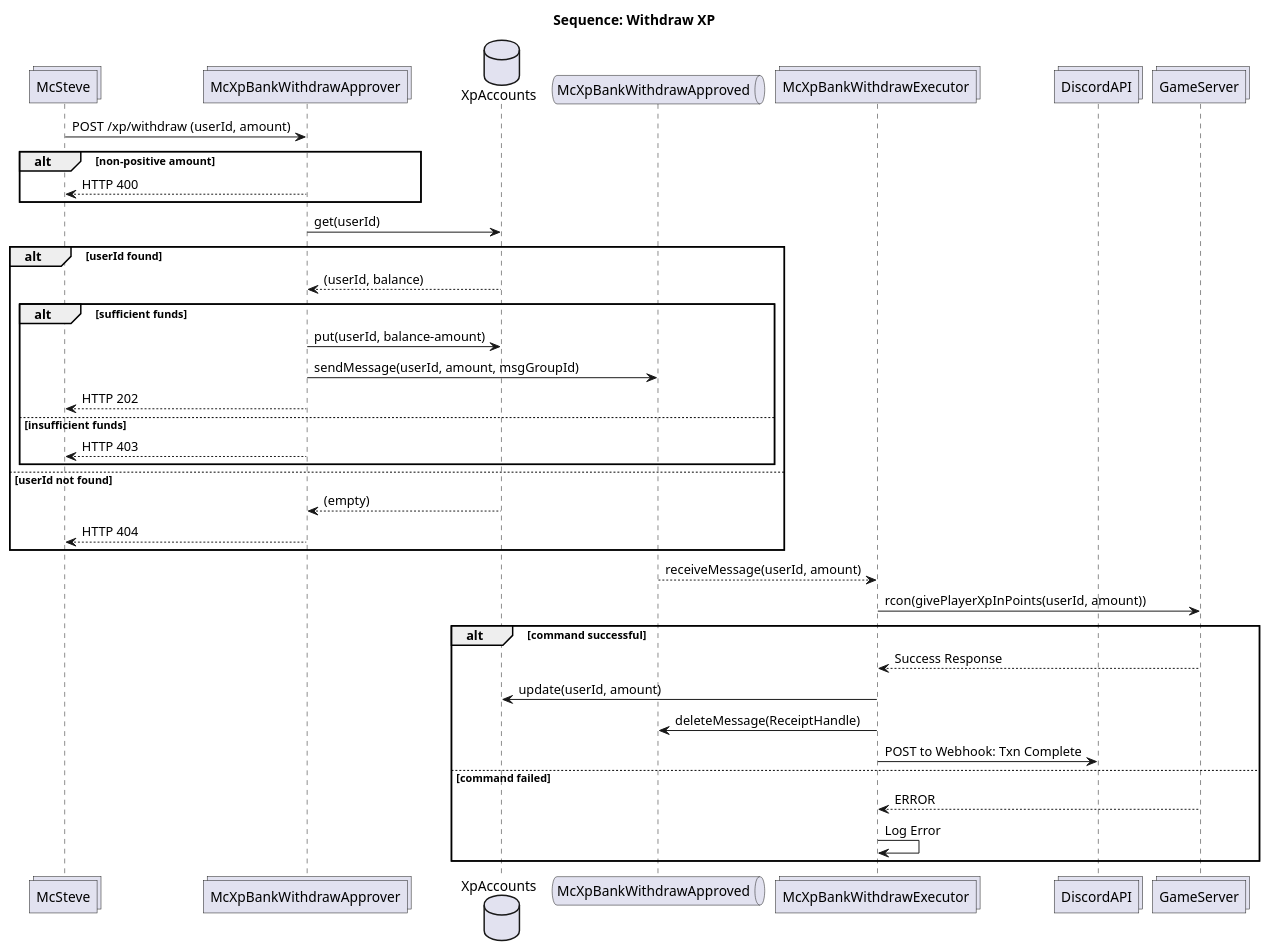
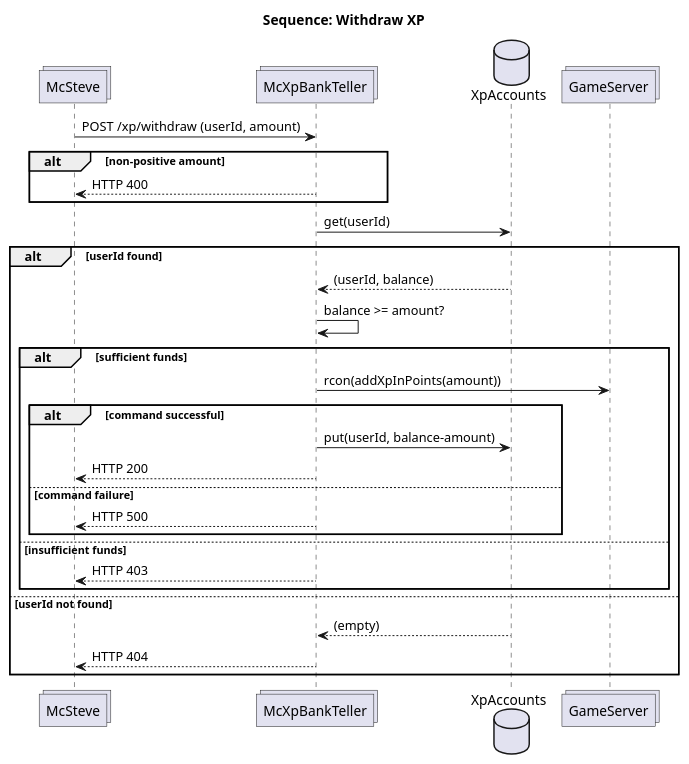
The diagram in docs/sequence_withdraw.puml (Ubunfu/mc-xp-bank), drawn with PlantUML before and after one commit. The commit also changed 4 other files, not shown here.

```diff
--- a/docs/sequence_withdraw.puml
+++ b/docs/sequence_withdraw.puml
@@ -1,47 +1,36 @@
-@startuml sequence_withdraw
+@startuml sequence_withdraw_direct
 
 title Sequence: Withdraw XP
 
 collections McSteve
-collections McXpBankWithdrawApprover
+collections McXpBankTeller
 database XpAccounts
-queue McXpBankWithdrawApproved
-collections McXpBankWithdrawExecutor
-collections DiscordAPI
 collections GameServer
 
-McSteve -> McXpBankWithdrawApprover: POST /xp/withdraw (userId, amount)
+McSteve -> McXpBankTeller: POST /xp/withdraw (userId, amount)
 alt non-positive amount
-    McSteve <-- McXpBankWithdrawApprover: HTTP 400
+    McSteve <-- McXpBankTeller: HTTP 400
 end
 
 ' Withdraw Approver App
-McXpBankWithdrawApprover -> XpAccounts: get(userId)
+McXpBankTeller -> XpAccounts: get(userId)
 alt userId found
-    McXpBankWithdrawApprover <-- XpAccounts: (userId, balance)
+    McXpBankTeller <-- XpAccounts: (userId, balance)
+    McXpBankTeller -> McXpBankTeller: balance >= amount?
     alt sufficient funds
-        McXpBankWithdrawApprover -> XpAccounts: put(userId, balance-amount)
-        McXpBankWithdrawApprover -> McXpBankWithdrawApproved: sendMessage(userId, amount, msgGroupId)
-        McSteve <-- McXpBankWithdrawApprover: HTTP 202
+        McXpBankTeller -> GameServer: rcon(addXpInPoints(amount))
+        alt command successful
+            McXpBankTeller -> XpAccounts: put(userId, balance-amount)
+            McSteve <-- McXpBankTeller: HTTP 200
+        else command failure
+            McSteve <-- McXpBankTeller: HTTP 500
+        end
     else insufficient funds
-        McSteve <-- McXpBankWithdrawApprover: HTTP 403
+        McSteve <-- McXpBankTeller: HTTP 403
     end
 else userId not found
-    McXpBankWithdrawApprover <-- XpAccounts: (empty)
-    McSteve <-- McXpBankWithdrawApprover: HTTP 404
-end
-
-' Withdraw Approver App
-McXpBankWithdrawApproved --> McXpBankWithdrawExecutor: receiveMessage(userId, amount)
-McXpBankWithdrawExecutor -> GameServer: rcon(givePlayerXpInPoints(userId, amount))
-alt command successful
-    McXpBankWithdrawExecutor <-- GameServer: Success Response
-    McXpBankWithdrawExecutor -> XpAccounts: update(userId, amount)
-    McXpBankWithdrawExecutor -> McXpBankWithdrawApproved: deleteMessage(ReceiptHandle)
-    McXpBankWithdrawExecutor -> DiscordAPI: POST to Webhook: Txn Complete
-else command failed
-    McXpBankWithdrawExecutor <-- GameServer: ERROR
-    McXpBankWithdrawExecutor -> McXpBankWithdrawExecutor: Log Error
+    McXpBankTeller <-- XpAccounts: (empty)
+    McSteve <-- McXpBankTeller: HTTP 404
 end
 
 @enduml
```
